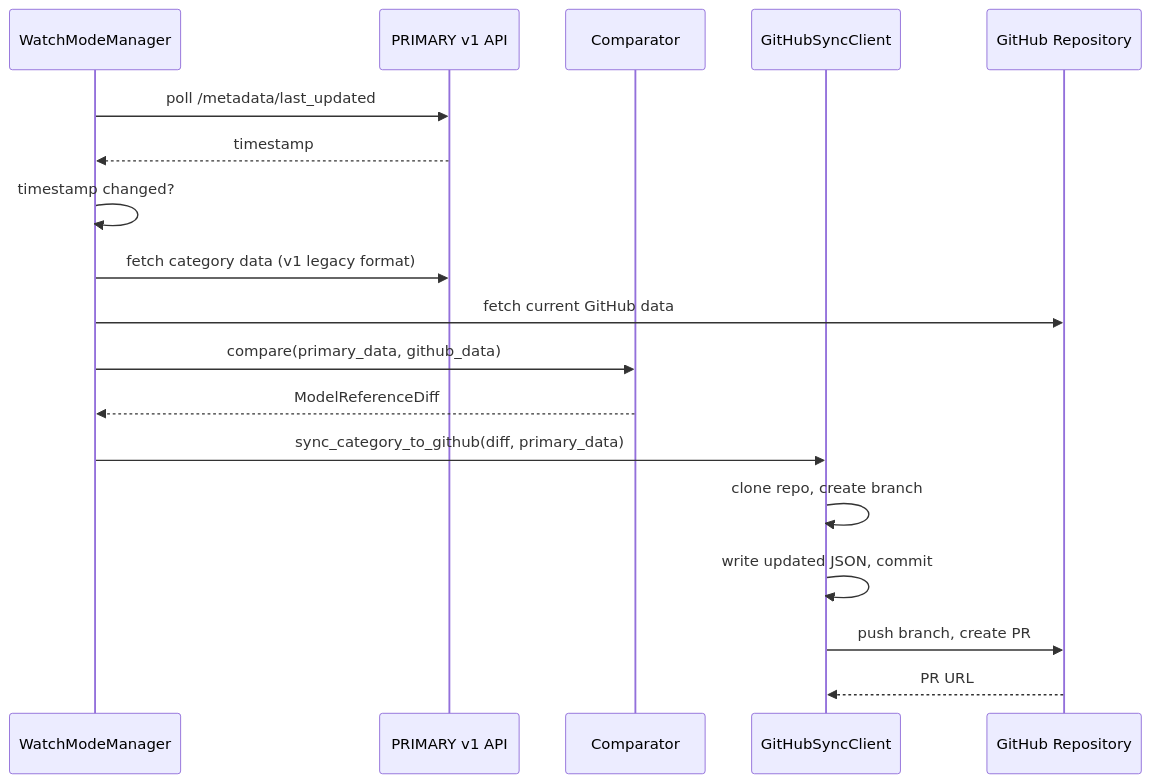
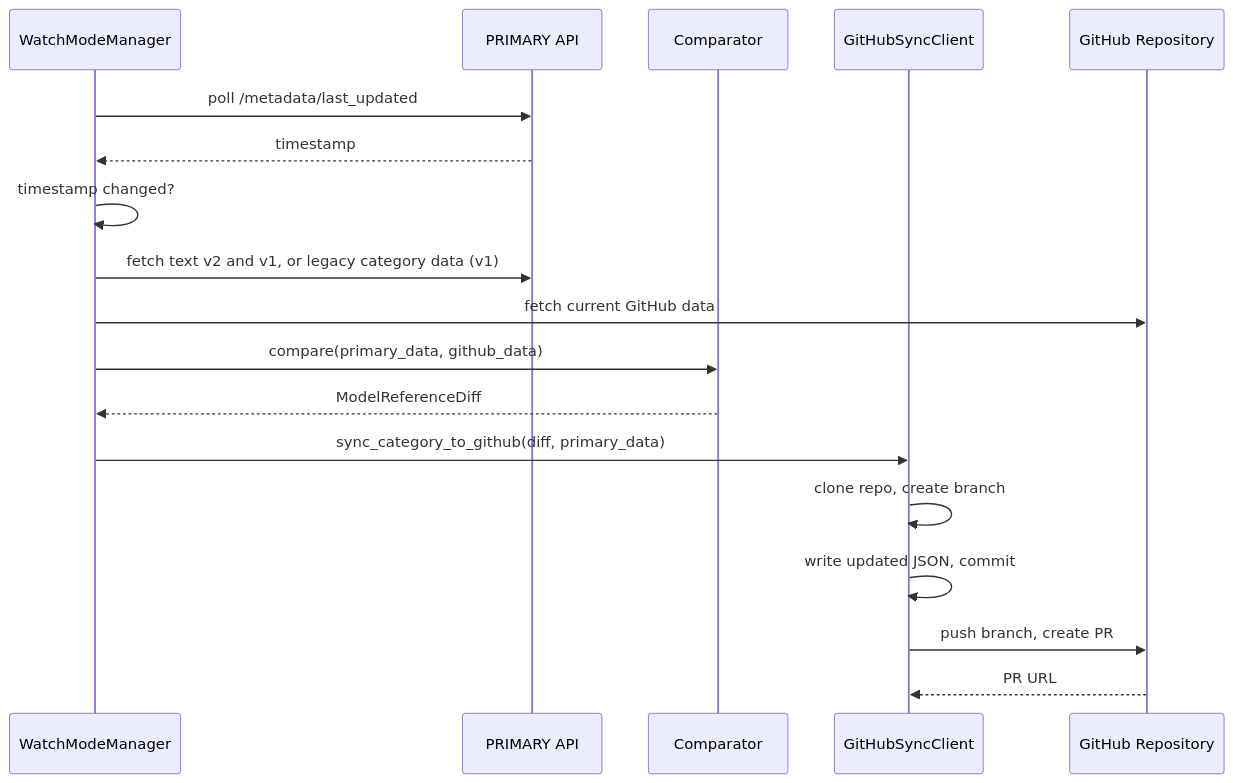
The diagram in docs/concepts/sync_system.md (Haidra-Org/horde-model-reference), drawn with Mermaid before and after one commit. The commit also changed other lines of this file and 10 other files, not shown here.

First line of the commit message:
fix: harden legacy sync and text projection flow

````diff
--- a/docs/concepts/sync_system.md
+++ b/docs/concepts/sync_system.md
@@ -7,21 +7,21 @@
 ```mermaid
 sequenceDiagram
     participant WM as WatchModeManager
-    participant API as PRIMARY v1 API
+    participant API as PRIMARY API
     participant Comp as Comparator
     participant GH as GitHubSyncClient
     participant Repo as GitHub Repository
 
     WM->>API: poll /metadata/last_updated
     API-->>WM: timestamp
     WM->>WM: timestamp changed?
-    WM->>API: fetch category data (v1 legacy format)
+    WM->>API: fetch text v2 and v1, or legacy category data (v1)
     WM->>Repo: fetch current GitHub data
     WM->>Comp: compare(primary_data, github_data)
     Comp-->>WM: ModelReferenceDiff
     WM->>GH: sync_category_to_github(diff, primary_data)
     GH->>GH: clone repo, create branch
     GH->>GH: write updated JSON, commit
     GH->>Repo: push branch, create PR
     Repo-->>GH: PR URL
 ```
````
